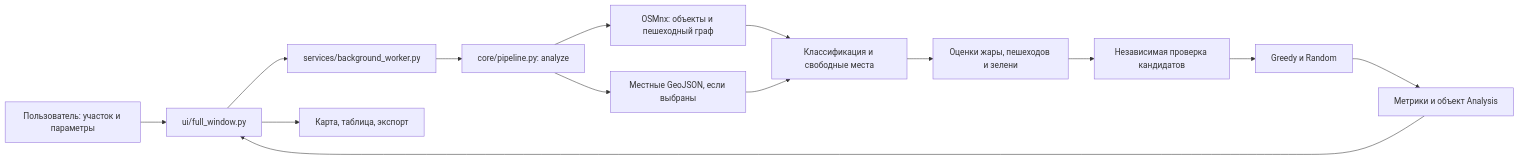
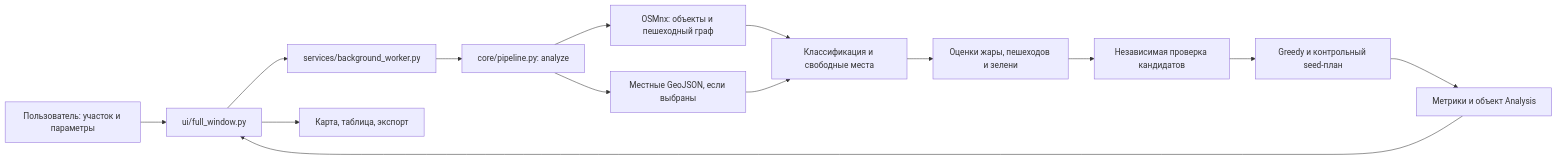
The diagram in README.md (gasanovgasanov702-arch/HeatShield), drawn with Mermaid before and after one commit. The commit also changed other lines of this file and 12 other files, not shown here.

````diff
--- a/README.md
+++ b/README.md
@@ -66,16 +66,16 @@
 ```mermaid
 flowchart LR
     A[Пользователь: участок и параметры] --> B[ui/full_window.py]
     B --> C[services/background_worker.py]
     C --> D[core/pipeline.py: analyze]
     D --> E[OSMnx: объекты и пешеходный граф]
     D --> F[Местные GeoJSON, если выбраны]
     E --> G[Классификация и свободные места]
     F --> G
     G --> H[Оценки жары, пешеходов и зелени]
     H --> I[Независимая проверка кандидатов]
-    I --> J[Greedy и Random]
+    I --> J[Greedy и контрольный seed-план]
     J --> K[Метрики и объект Analysis]
     K --> B
     B --> L[Карта, таблица, экспорт]
 ```
````
